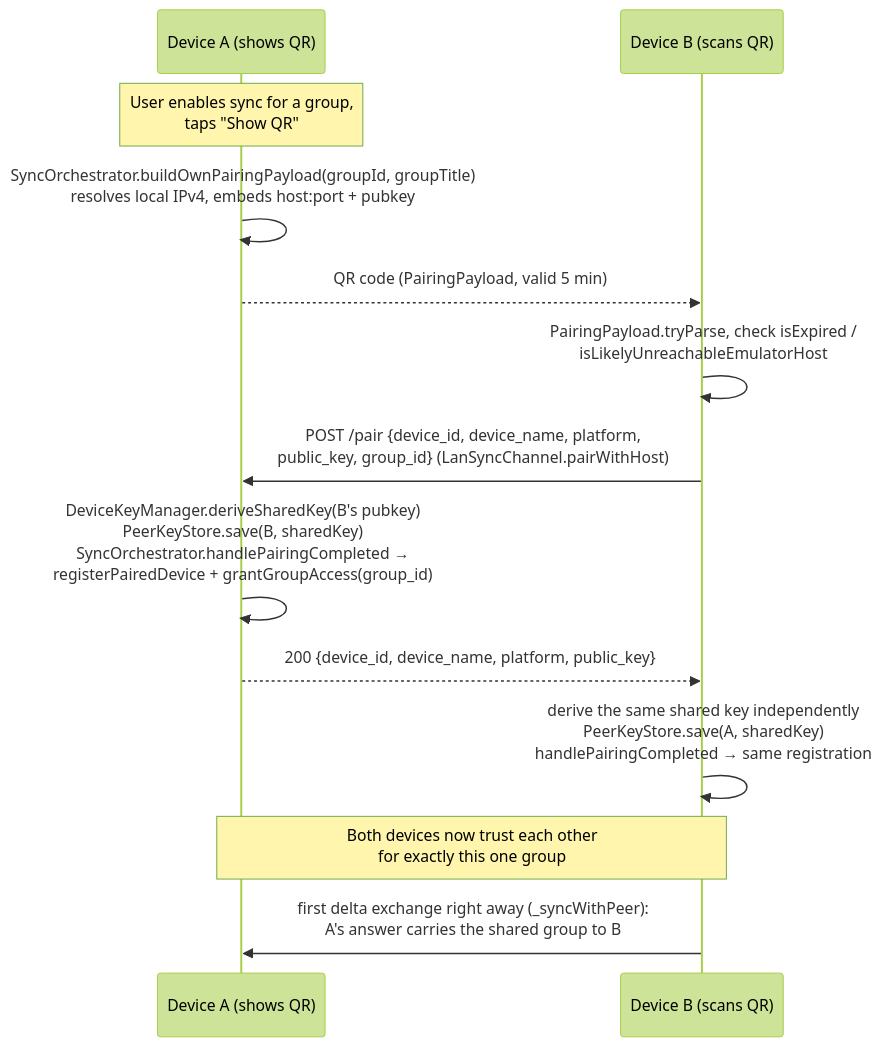
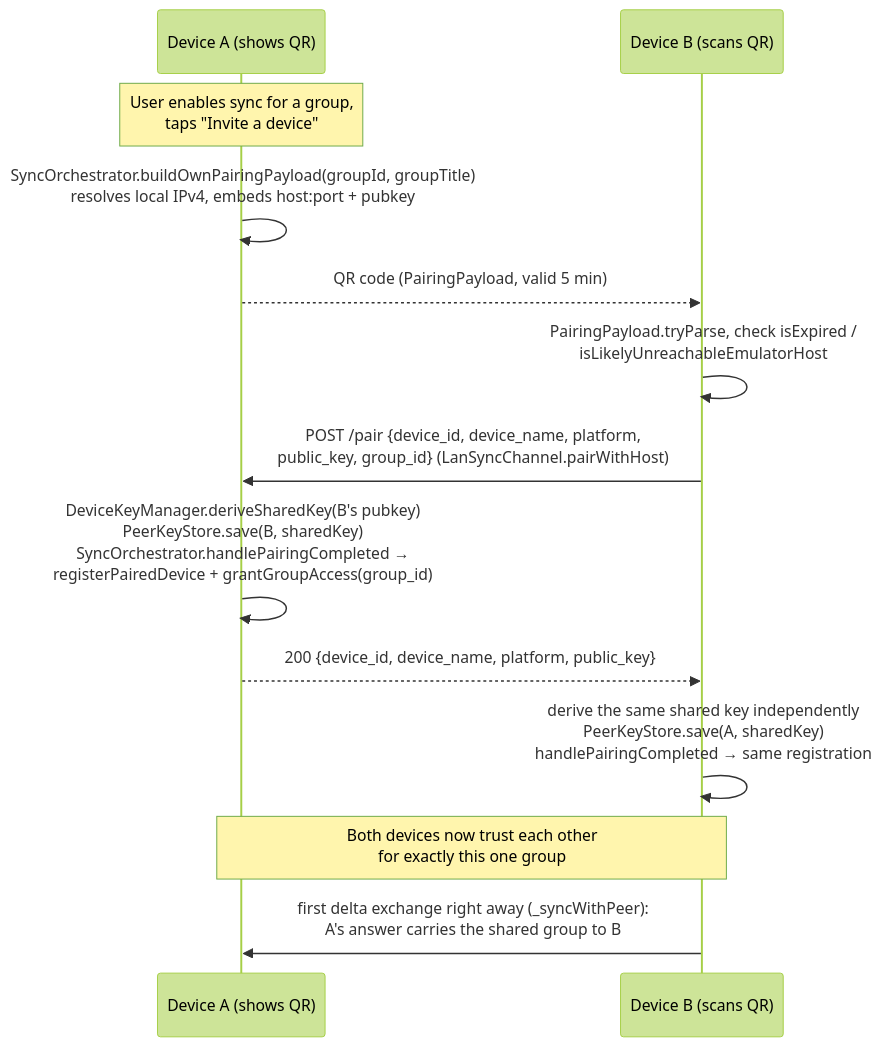
One commit to calca/caravella changed the second of 3 diagrams in docs/SYNC_ARCHITECTURE.md. Above: the diagram before and after it, drawn with Mermaid (forest theme). The commit also changed other lines of this file and 31 other files, not shown here.

First line of the commit message:
Sync: one Invite / Join flow over QR and Bluetooth

````diff
--- a/docs/SYNC_ARCHITECTURE.md
+++ b/docs/SYNC_ARCHITECTURE.md
@@ -145,16 +145,16 @@
 ```mermaid
 sequenceDiagram
     participant A as Device A (shows QR)
     participant B as Device B (scans QR)
 
-    Note over A: User enables sync for a group,<br/>taps "Show QR"
+    Note over A: User enables sync for a group,<br/>taps "Invite a device"
     A->>A: SyncOrchestrator.buildOwnPairingPayload(groupId, groupTitle)<br/>resolves local IPv4, embeds host:port + pubkey
     A-->>B: QR code (PairingPayload, valid 5 min)
     B->>B: PairingPayload.tryParse, check isExpired /<br/>isLikelyUnreachableEmulatorHost
     B->>A: POST /pair {device_id, device_name, platform,<br/>public_key, group_id}  (LanSyncChannel.pairWithHost)
     A->>A: DeviceKeyManager.deriveSharedKey(B's pubkey)<br/>PeerKeyStore.save(B, sharedKey)<br/>SyncOrchestrator.handlePairingCompleted →<br/>registerPairedDevice + grantGroupAccess(group_id)
     A-->>B: 200 {device_id, device_name, platform, public_key}
     B->>B: derive the same shared key independently<br/>PeerKeyStore.save(A, sharedKey)<br/>handlePairingCompleted → same registration
     Note over A,B: Both devices now trust each other<br/>for exactly this one group
     B->>A: first delta exchange right away (_syncWithPeer):<br/>A's answer carries the shared group to B
 ```
````
